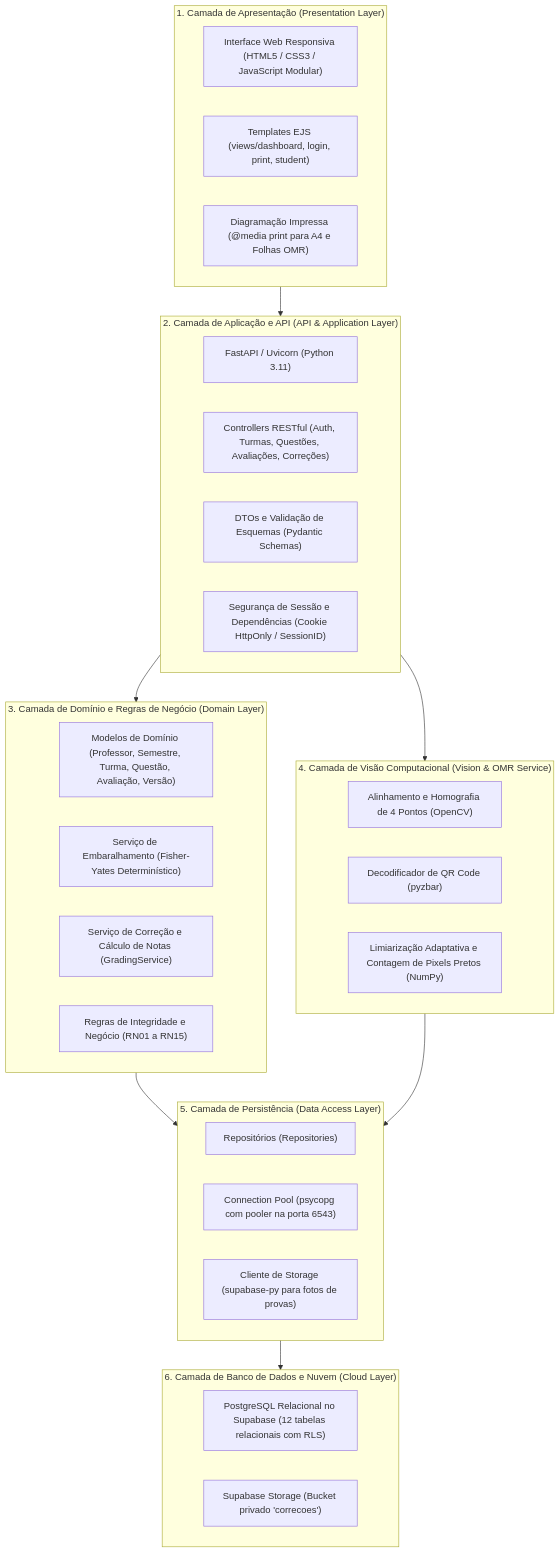
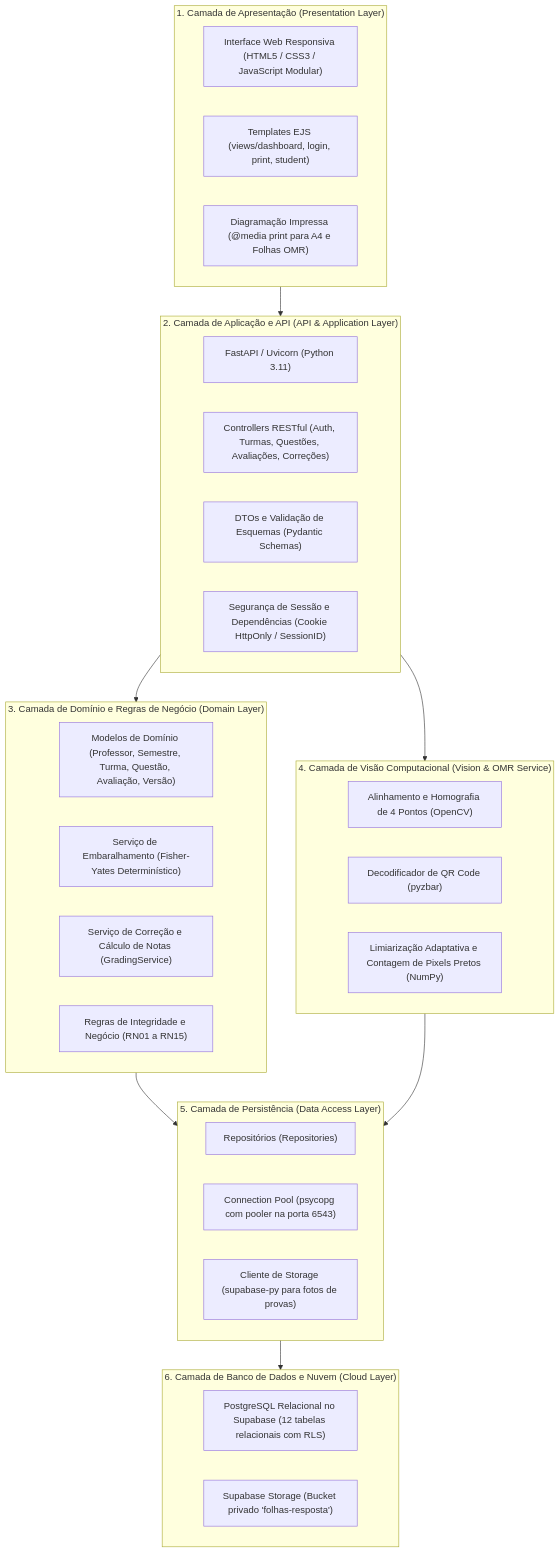
One commit to gabriel-Koehler/projetosgp changed the first of 4 diagrams in README.md. Above: the diagram before and after it, drawn with Mermaid. The commit also changed other lines of this file and 17 other files, not shown here.

````diff
--- a/README.md
+++ b/README.md
@@ -70,46 +70,46 @@
 ```mermaid
 flowchart TD
     subgraph APRESENTACAO ["1. Camada de Apresentação (Presentation Layer)"]
         UI_WEB["Interface Web Responsiva (HTML5 / CSS3 / JavaScript Modular)"]
         UI_VIEWS["Templates EJS (views/dashboard, login, print, student)"]
         UI_PRINT["Diagramação Impressa (@media print para A4 e Folhas OMR)"]
     end
 
     subgraph APLICACAO ["2. Camada de Aplicação e API (API & Application Layer)"]
         FASTAPI["FastAPI / Uvicorn (Python 3.11)"]
         ROUTERS["Controllers RESTful (Auth, Turmas, Questões, Avaliações, Correções)"]
         SCHEMAS["DTOs e Validação de Esquemas (Pydantic Schemas)"]
         SECURITY["Segurança de Sessão e Dependências (Cookie HttpOnly / SessionID)"]
     end
 
     subgraph DOMINIO ["3. Camada de Domínio e Regras de Negócio (Domain Layer)"]
         MODELS["Modelos de Domínio (Professor, Semestre, Turma, Questão, Avaliação, Versão)"]
         SHUFFLE["Serviço de Embaralhamento (Fisher-Yates Determinístico)"]
         GRADING["Serviço de Correção e Cálculo de Notas (GradingService)"]
         RULES["Regras de Integridade e Negócio (RN01 a RN15)"]
     end
 
     subgraph OMR ["4. Camada de Visão Computacional (Vision & OMR Service)"]
         CV_WARP["Alinhamento e Homografia de 4 Pontos (OpenCV)"]
         CV_QR["Decodificador de QR Code (pyzbar)"]
         CV_THRESH["Limiarização Adaptativa e Contagem de Pixels Pretos (NumPy)"]
     end
 
     subgraph PERSISTENCIA ["5. Camada de Persistência (Data Access Layer)"]
         REPOS["Repositórios (Repositories)"]
         POOL["Connection Pool (psycopg com pooler na porta 6543)"]
         STORAGE_CLIENT["Cliente de Storage (supabase-py para fotos de provas)"]
     end
 
     subgraph DADOS ["6. Camada de Banco de Dados e Nuvem (Cloud Layer)"]
         POSTGRES["PostgreSQL Relacional no Supabase (12 tabelas relacionais com RLS)"]
-        BUCKET["Supabase Storage (Bucket privado 'correcoes')"]
+        BUCKET["Supabase Storage (Bucket privado 'folhas-resposta')"]
     end
 
     APRESENTACAO --> APLICACAO
     APLICACAO --> DOMINIO
     APLICACAO --> OMR
     DOMINIO --> PERSISTENCIA
     OMR --> PERSISTENCIA
     PERSISTENCIA --> DADOS
 ```
````
